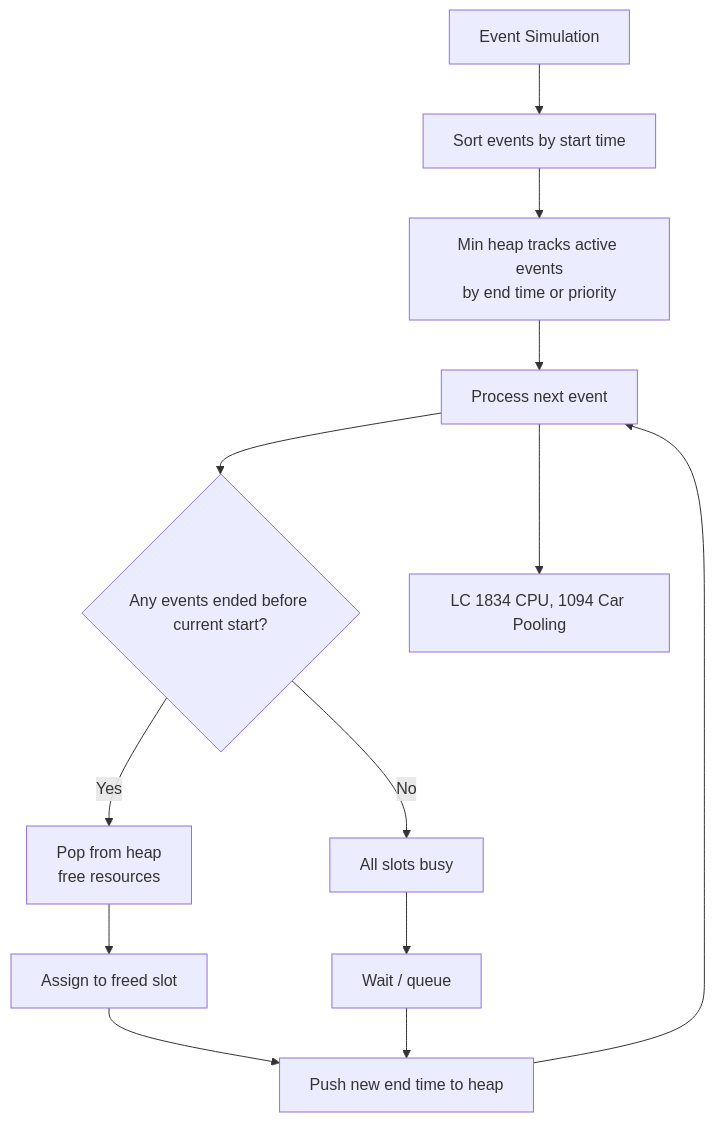
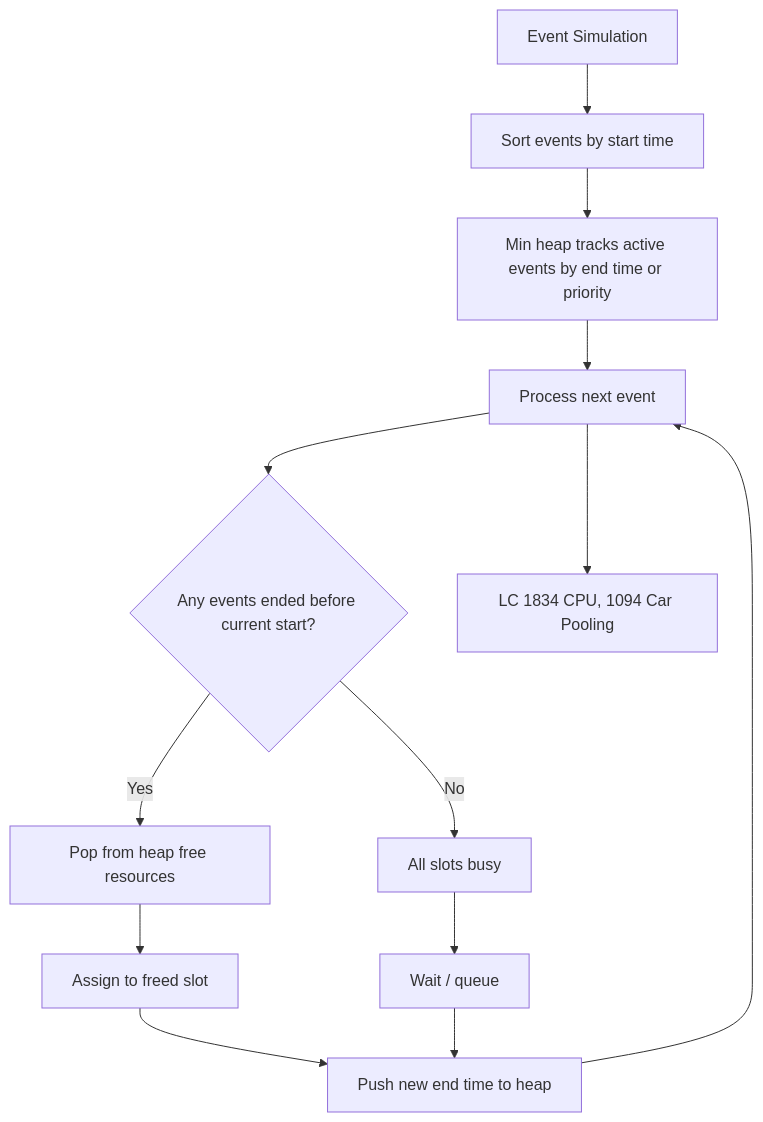
One commit to deepanshu-rawat6/AlgoAtlas changed the sixth of 7 diagrams in heap/README.md. Above: the diagram before and after it, drawn with Mermaid. The commit also changed other lines of this file and 13 other files, not shown here.

````diff
--- a/heap/README.md
+++ b/heap/README.md
@@ -110,15 +110,15 @@
 ```mermaid
 flowchart TD
     A[Event Simulation] --> B[Sort events by start time]
-    B --> C[Min heap tracks active events<br>by end time or priority]
+    B --> C[Min heap tracks active events by end time or priority]
     C --> D[Process next event]
     D --> E{"Any events ended before current start?"}
-    E -- Yes --> F[Pop from heap<br>free resources]
+    E -- Yes --> F[Pop from heap free resources]
     E -- No --> G[All slots busy]
     F --> H[Assign to freed slot]
     G --> I[Wait / queue]
     H --> J[Push new end time to heap]
     I --> J
     J --> D
     D --> K[LC 1834 CPU, 1094 Car Pooling]
 ```
````
